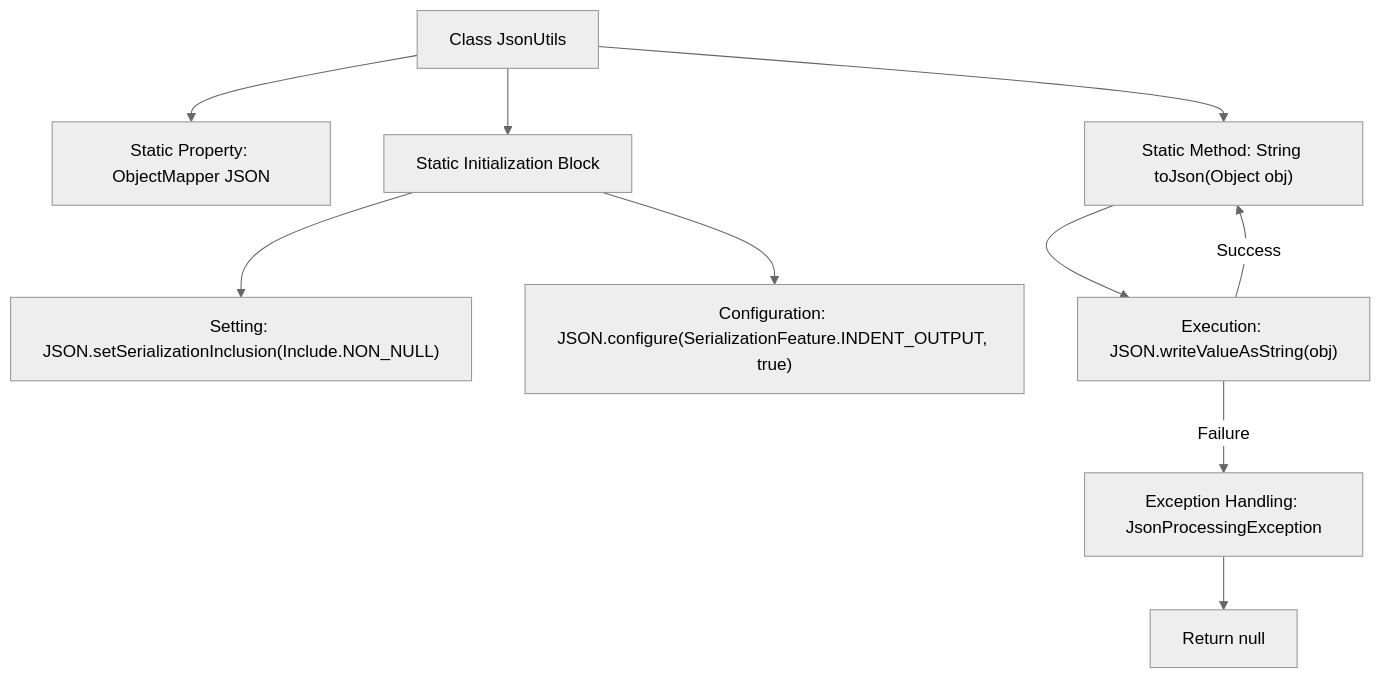
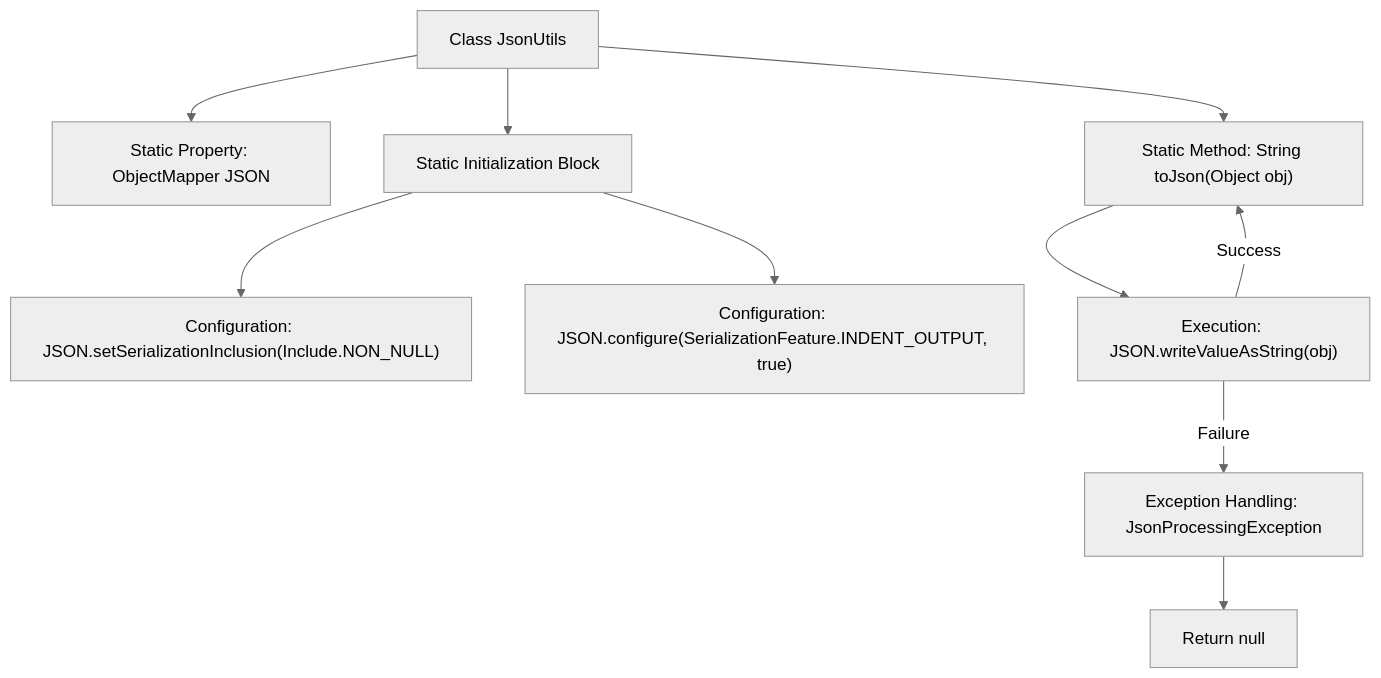
The second of 2 diagrams in docs/en/docs/src/main/java/com/github/binarywang/demo/wx/miniapp/utils/JsonUtils.md (v-wjrong/rongwj666_weixin-java-miniapp-demo), drawn with Mermaid (neutral theme) before and after one commit. The commit also changed other lines of this file and 37 other files, not shown here.

````diff
--- a/docs/en/docs/src/main/java/com/github/binarywang/demo/wx/miniapp/utils/JsonUtils.md
+++ b/docs/en/docs/src/main/java/com/github/binarywang/demo/wx/miniapp/utils/JsonUtils.md
@@ -58,22 +58,22 @@
 ```mermaid
 graph TD
     A["Class JsonUtils"]
     B["Static Property: ObjectMapper JSON"]
     C["Static Initialization Block"]
-    D["Setting: JSON.setSerializationInclusion(Include.NON_NULL)"]
+    D["Configuration: JSON.setSerializationInclusion(Include.NON_NULL)"]
     E["Configuration: JSON.configure(SerializationFeature.INDENT_OUTPUT, true)"]
     F["Static Method: String toJson(Object obj)"]
     G["Execution: JSON.writeValueAsString(obj)"]
     H["Exception Handling: JsonProcessingException"]
     I["Return null"]
 
     A --> B
     A --> C
     C --> D
     C --> E
     A --> F
     F --> G
     G -->|Success| F
     G -->|Failure| H
     H --> I
 ```
````
